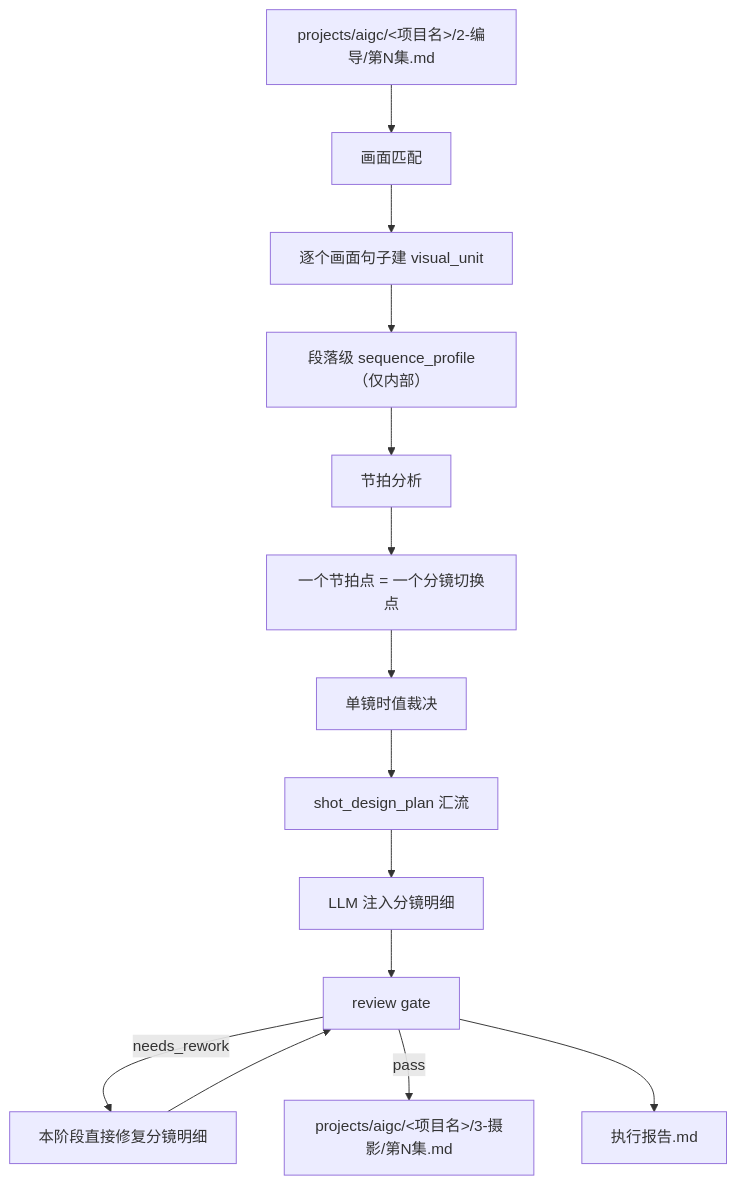
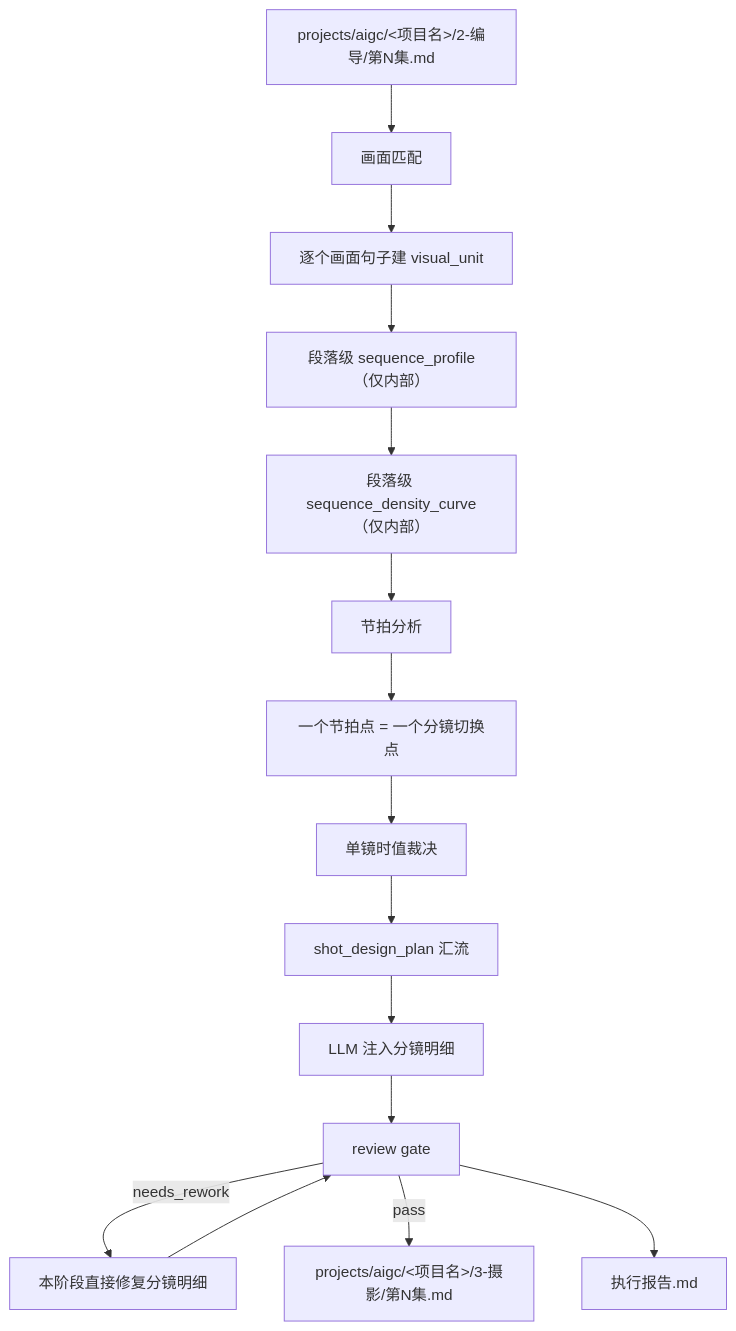
Before and after one commit to ZEN-VOID/AI-CUT: the first of 2 diagrams in .agents/skills/aigc/3-摄影/SKILL.md, drawn with Mermaid. The commit also changed other lines of this file and 44 other files, not shown here.

````diff
--- a/.agents/skills/aigc/3-摄影/SKILL.md
+++ b/.agents/skills/aigc/3-摄影/SKILL.md
@@ -117,16 +119,17 @@
 ```mermaid
 flowchart TD
     A["projects/aigc/<项目名>/2-编导/第N集.md"] --> B["画面匹配"]
     B --> C["逐个画面句子建 visual_unit"]
     C --> S["段落级 sequence_profile（仅内部）"]
-    S --> D["节拍分析"]
+    S --> V["段落级 sequence_density_curve（仅内部）"]
+    V --> D["节拍分析"]
     D --> E["一个节拍点 = 一个分镜切换点"]
     E --> T["单镜时值裁决"]
     T --> P["shot_design_plan 汇流"]
     P --> F["LLM 注入分镜明细"]
     F --> G["review gate"]
     G -->|"needs_rework"| R["本阶段直接修复分镜明细"]
     R --> G
     G -->|"pass"| H["projects/aigc/<项目名>/3-摄影/第N集.md"]
     G --> I["执行报告.md"]
 ```
````
